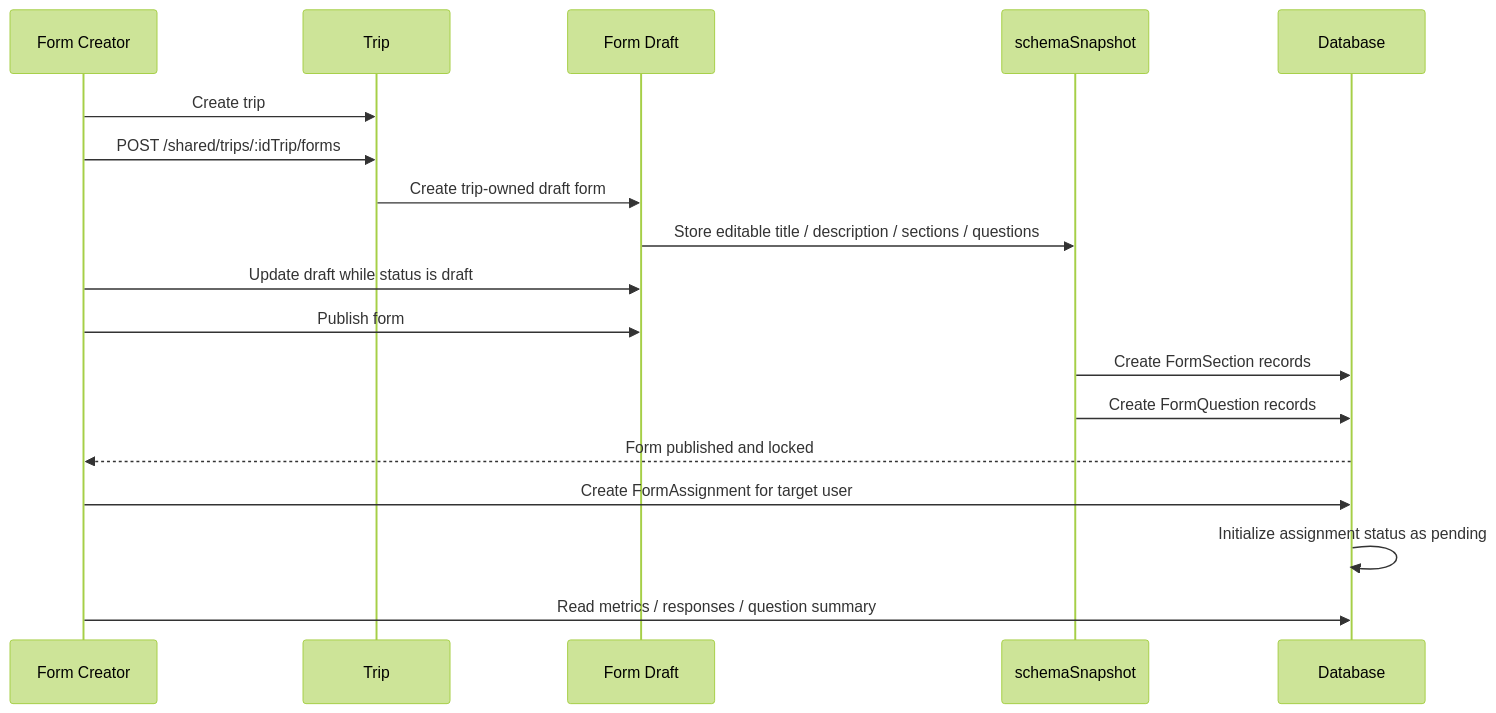
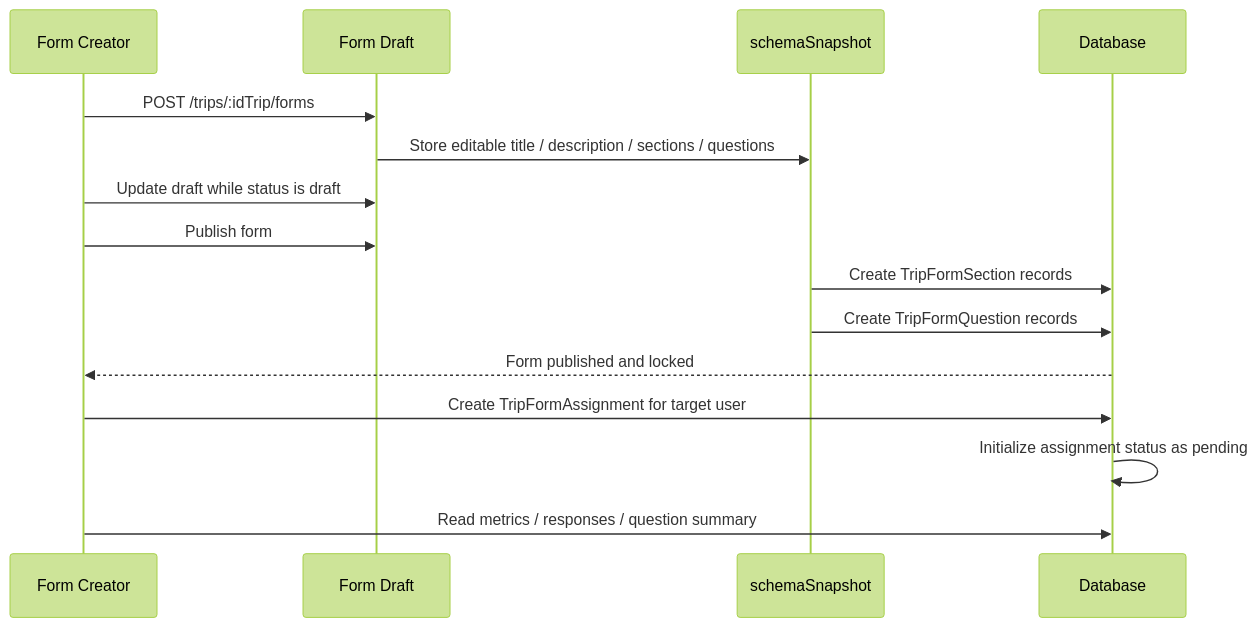
One commit to Gzerox/ack-nestjs-boilerplate changed the first of 2 diagrams in docs/form.md. Above: the diagram before and after it, drawn with Mermaid (forest theme). The commit also changed other lines of this file and 62 other files, not shown here.

Commit message:
feat(form): refactor form to trip-form

````diff
--- a/docs/form.md
+++ b/docs/form.md
@@ -277,21 +276,18 @@
 ```mermaid
 sequenceDiagram
     participant Creator as Form Creator
-    participant Trip
     participant Form as Form Draft
     participant Snapshot as schemaSnapshot
     participant Database
 
-    Creator->>Trip: Create trip
-    Creator->>Trip: POST /shared/trips/:idTrip/forms
-    Trip->>Form: Create trip-owned draft form
+    Creator->>Form: POST /trips/:idTrip/forms
     Form->>Snapshot: Store editable title / description / sections / questions
     Creator->>Form: Update draft while status is draft
     Creator->>Form: Publish form
-    Snapshot->>Database: Create FormSection records
-    Snapshot->>Database: Create FormQuestion records
+    Snapshot->>Database: Create TripFormSection records
+    Snapshot->>Database: Create TripFormQuestion records
     Database-->>Creator: Form published and locked
-    Creator->>Database: Create FormAssignment for target user
+    Creator->>Database: Create TripFormAssignment for target user
     Database->>Database: Initialize assignment status as pending
     Creator->>Database: Read metrics / responses / question summary
 ```
````
